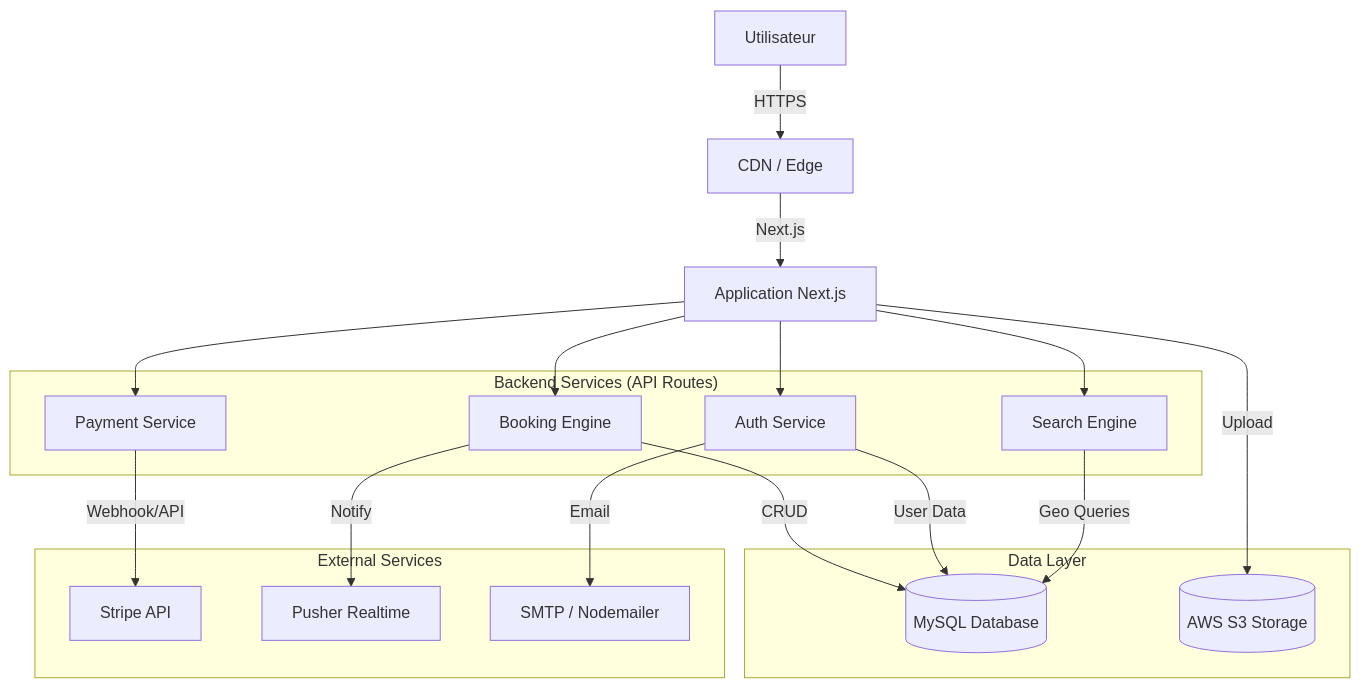
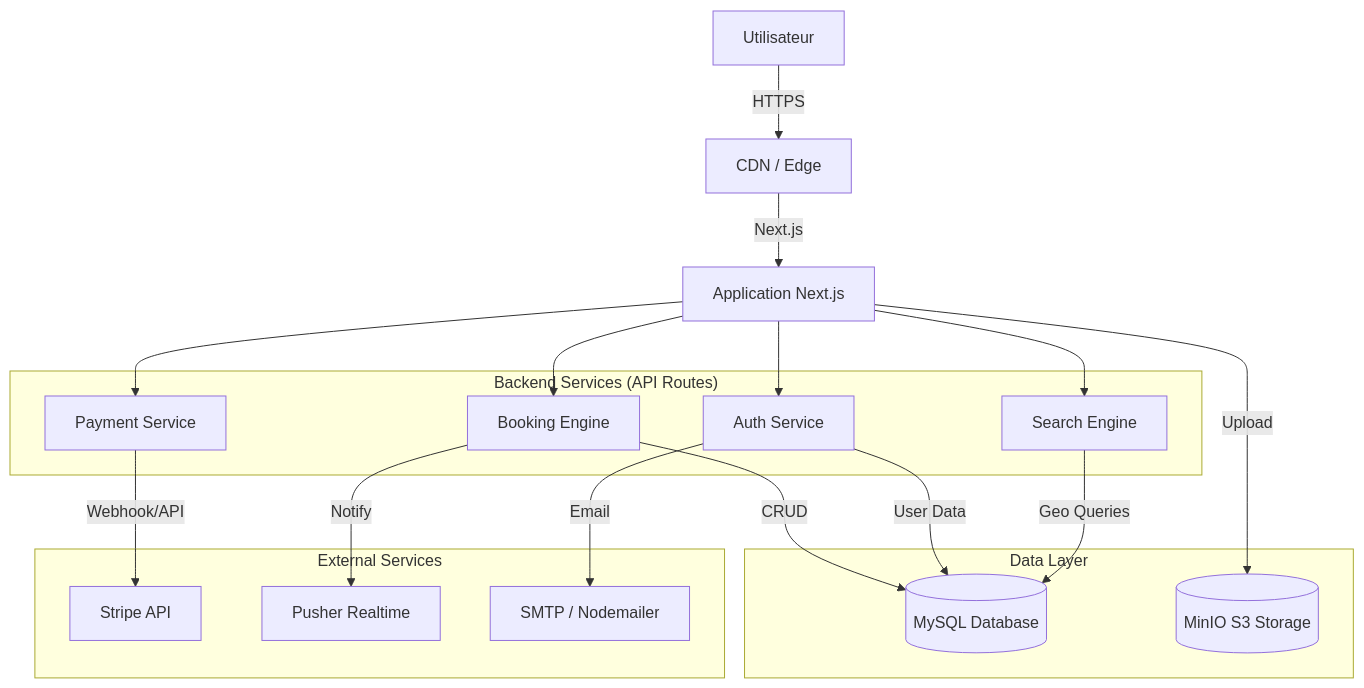
The diagram in DOCUMENTATION_PROJET.md (Askynnzz/will-back-public), drawn with Mermaid before and after one commit. The commit also changed other lines of this file, not shown here.

Commit message:
correction

````diff
--- a/DOCUMENTATION_PROJET.md
+++ b/DOCUMENTATION_PROJET.md
@@ -79,36 +79,36 @@
 ```mermaid
 graph TD
     User[Utilisateur] -->|HTTPS| CDN[CDN / Edge]
     CDN -->|Next.js| App[Application Next.js]
     
     subgraph "Backend Services (API Routes)"
         Auth[Auth Service]
         Booking[Booking Engine]
         Payment[Payment Service]
         Search[Search Engine]
     end
     
     App --> Auth
     App --> Booking
     App --> Payment
     App --> Search
     
     subgraph "Data Layer"
         DB[(MySQL Database)]
-        S3[(AWS S3 Storage)]
+        S3[(MinIO S3 Storage)]
     end
     
     subgraph "External Services"
         Stripe[Stripe API]
         Pusher[Pusher Realtime]
         Mail[SMTP / Nodemailer]
     end
     
     Booking -->|CRUD| DB
     Auth -->|User Data| DB
     Search -->|Geo Queries| DB
     Payment -->|Webhook/API| Stripe
     App -->|Upload| S3
     Booking -->|Notify| Pusher
     Auth -->|Email| Mail
 ```
````
